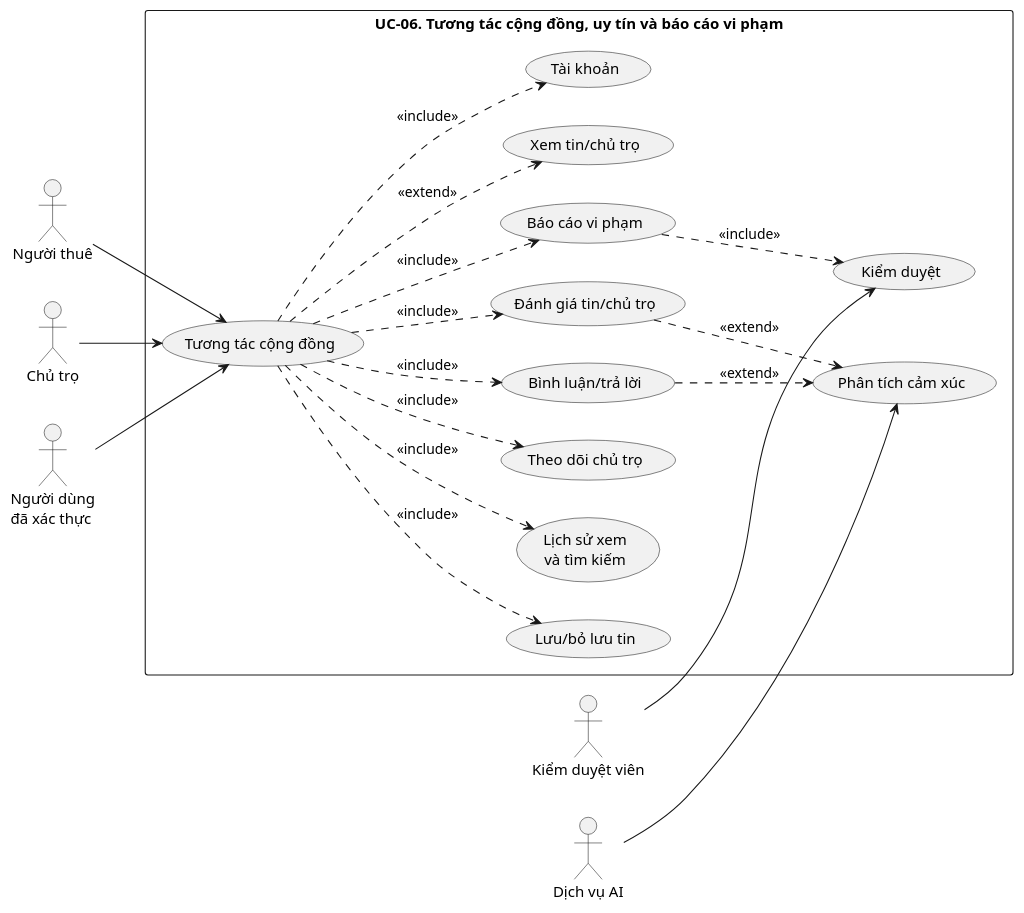
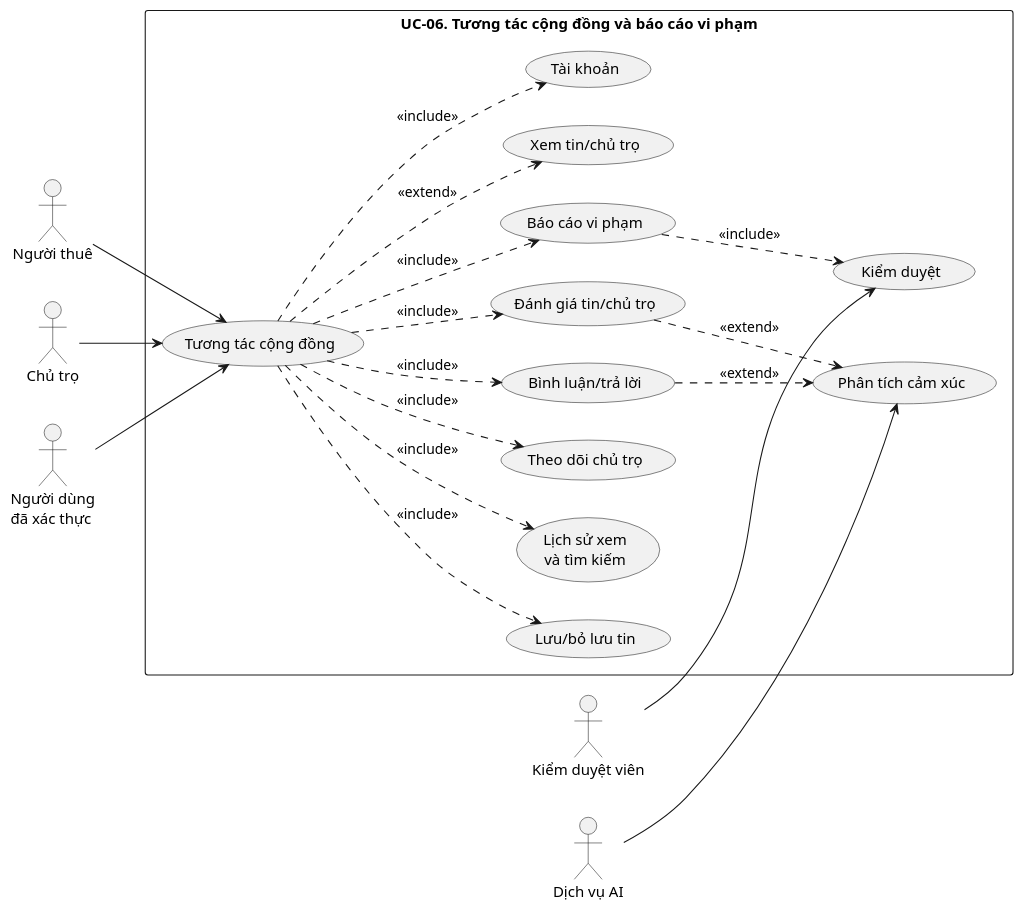
Diagram 14 of 22 in DOANTOTNGHIEP/docs/09_BAO_CAO_USECASE_HE_THONG.md (hoanxsyp/DoAnTotNghiep_Web), drawn with PlantUML before and after one commit. The commit also changed other lines of this file and 8 other files, not shown here.

````diff
--- a/DOANTOTNGHIEP/docs/09_BAO_CAO_USECASE_HE_THONG.md
+++ b/DOANTOTNGHIEP/docs/09_BAO_CAO_USECASE_HE_THONG.md
@@ -757,41 +757,41 @@
 ```plantuml
 @startuml
 left to right direction
 actor "Người thuê" as Tenant
 actor "Chủ trọ" as Landlord
 actor "Người dùng\nđã xác thực" as Auth
 actor "Kiểm duyệt viên" as Mod
 actor "Dịch vụ AI" as AI
 
-rectangle "UC-06. Tương tác cộng đồng, uy tín và báo cáo vi phạm" {
+rectangle "UC-06. Tương tác cộng đồng và báo cáo vi phạm" {
   usecase "Tương tác cộng đồng" as Main
   usecase "Lưu/bỏ lưu tin" as Favorite
   usecase "Lịch sử xem\nvà tìm kiếm" as History
   usecase "Theo dõi chủ trọ" as Follow
   usecase "Bình luận/trả lời" as Comment
   usecase "Đánh giá tin/chủ trọ" as Review
   usecase "Báo cáo vi phạm" as Report
   usecase "Phân tích cảm xúc" as Sentiment
   usecase "Xem tin/chủ trọ" as UC01
   usecase "Tài khoản" as UC07
   usecase "Kiểm duyệt" as UC08
 }
 
 Tenant --> Main
 Landlord --> Main
 Auth --> Main
 Main ..> Favorite : <<include>>
 Main ..> History : <<include>>
 Main ..> Follow : <<include>>
 Main ..> Comment : <<include>>
 Main ..> Review : <<include>>
 Main ..> Report : <<include>>
 Main ..> UC01 : <<extend>>
 Main ..> UC07 : <<include>>
 Report ..> UC08 : <<include>>
 Comment ..> Sentiment : <<extend>>
 Review ..> Sentiment : <<extend>>
 AI --> Sentiment
 Mod --> UC08
 @enduml
 ```
````
